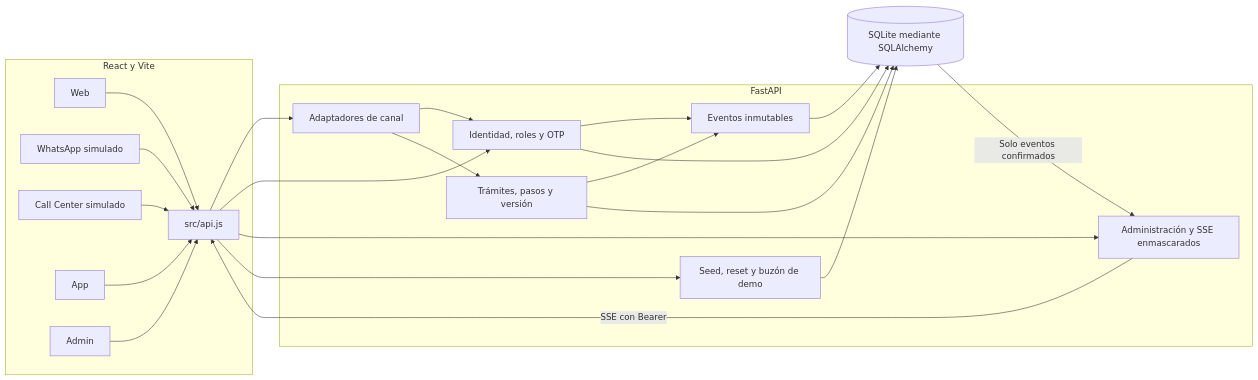
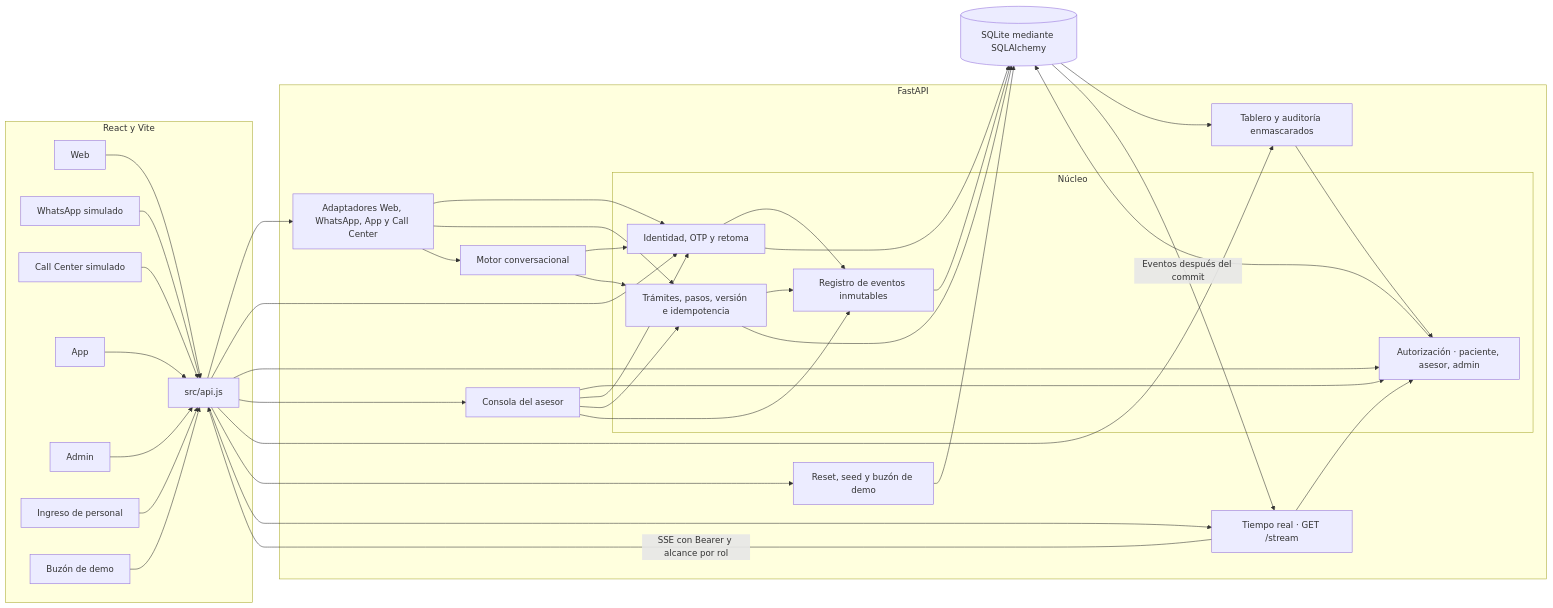
Before and after one commit to JuanPablo1710/digna-journey: the first of 3 diagrams in docs/ARCHITECTURE.md, drawn with Mermaid. The commit also changed other lines of this file and 1 other file, not shown here.

Commit message:
Docs: README con roles de prueba y ARCHITECTURE con diagramas

````diff
--- a/docs/ARCHITECTURE.md
+++ b/docs/ARCHITECTURE.md
@@ -5,39 +7,47 @@
 ```mermaid
 flowchart LR
     subgraph React["React y Vite"]
         W["Web"]
         WA["WhatsApp simulado"]
         CC["Call Center simulado"]
         A["App"]
         ADM["Admin"]
+        LOGIN["Ingreso de personal"]
+        MB["Buzón de demo"]
         API["src/api.js"]
         W --> API
         WA --> API
         CC --> API
         A --> API
         ADM --> API
+        LOGIN --> API
+        MB --> API
     end
-    subgraph FastAPI
-        Adapt["Adaptadores de canal"]
-        Access["Identidad, roles y OTP"]
-        Cases["Trámites, pasos y versión"]
-        Events["Eventos inmutables"]
-        Read["Administración y SSE enmascarados"]
-        Demo["Seed, reset y buzón de demo"]
-        Adapt --> Access
-        Adapt --> Cases
+    subgraph Backend["FastAPI"]
+        Adapt["Adaptadores Web, WhatsApp, App y Call Center"]
+        Chat["Motor conversacional"]
+        Staff["Consola del asesor"]
+        Board["Tablero y auditoría enmascarados"]
+        Stream["Tiempo real · GET /stream"]
+        Demo["Reset, seed y buzón de demo"]
+        subgraph Core["Núcleo"]
+            Access["Identidad, OTP y retoma"]
+            Roles["Autorización · paciente, asesor, admin"]
+            Cases["Trámites, pasos, versión e idempotencia"]
+            Events["Registro de eventos inmutables"]
+        end
+        Adapt --> Access & Cases & Chat
+        Chat --> Access & Cases
+        Staff --> Roles & Access & Cases & Events
+        Board --> Roles
+        Stream --> Roles
         Cases --> Events
         Access --> Events
     end
     DB[("SQLite mediante SQLAlchemy")]
-    API --> Adapt
-    API --> Access
-    API --> Read
-    API --> Demo
-    Access --> DB
-    Cases --> DB
-    Events --> DB
-    Demo --> DB
-    DB -->|"Solo eventos confirmados"| Read
-    Read -->|"SSE con Bearer"| API
+    API --> Adapt & Access & Roles & Staff & Board & Demo & Stream
+    Access & Roles & Cases & Events & Demo --> DB
+    DB --> Board
+    DB -->|"Eventos después del commit"| Stream
+    Stream -->|"SSE con Bearer y alcance por rol"| API
 ```
````
